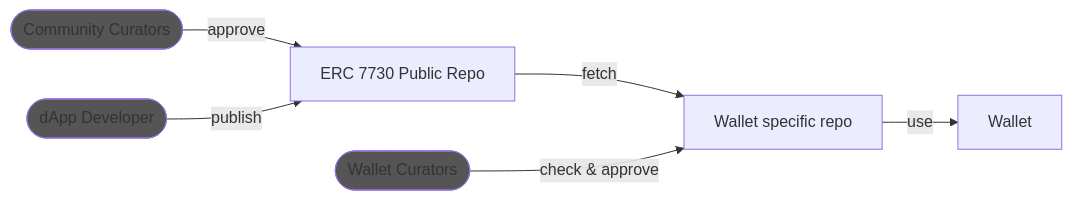
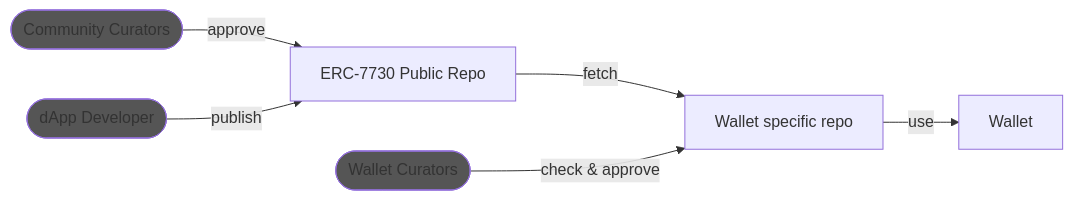
One commit to ethereum/ERCs changed the second of 2 diagrams in ERCS/erc-7730.md. Above: the diagram before and after it, drawn with Mermaid. The commit also changed other lines of this file, not shown here.

````diff
--- a/ERCS/erc-7730.md
+++ b/ERCS/erc-7730.md
@@ -985,18 +1012,18 @@
 ```mermaid
 flowchart LR
   dev([dApp Developer])
-  pub_repo[ERC 7730 Public Repo]
+  pub_repo[ERC-7730 Public Repo]
   c_cur([Community Curators])
   wal_repo[Wallet specific repo]
   w_cur([Wallet Curators])
   wallet[Wallet]
 
   c_cur -- approve --> pub_repo
   dev -- publish --> pub_repo
   pub_repo -- fetch --> wal_repo
   w_cur -- check & approve --> wal_repo  
   wal_repo -- use --> wallet
 
   classDef human fill:#555
   class dev,c_cur,w_cur human
 ```
````
